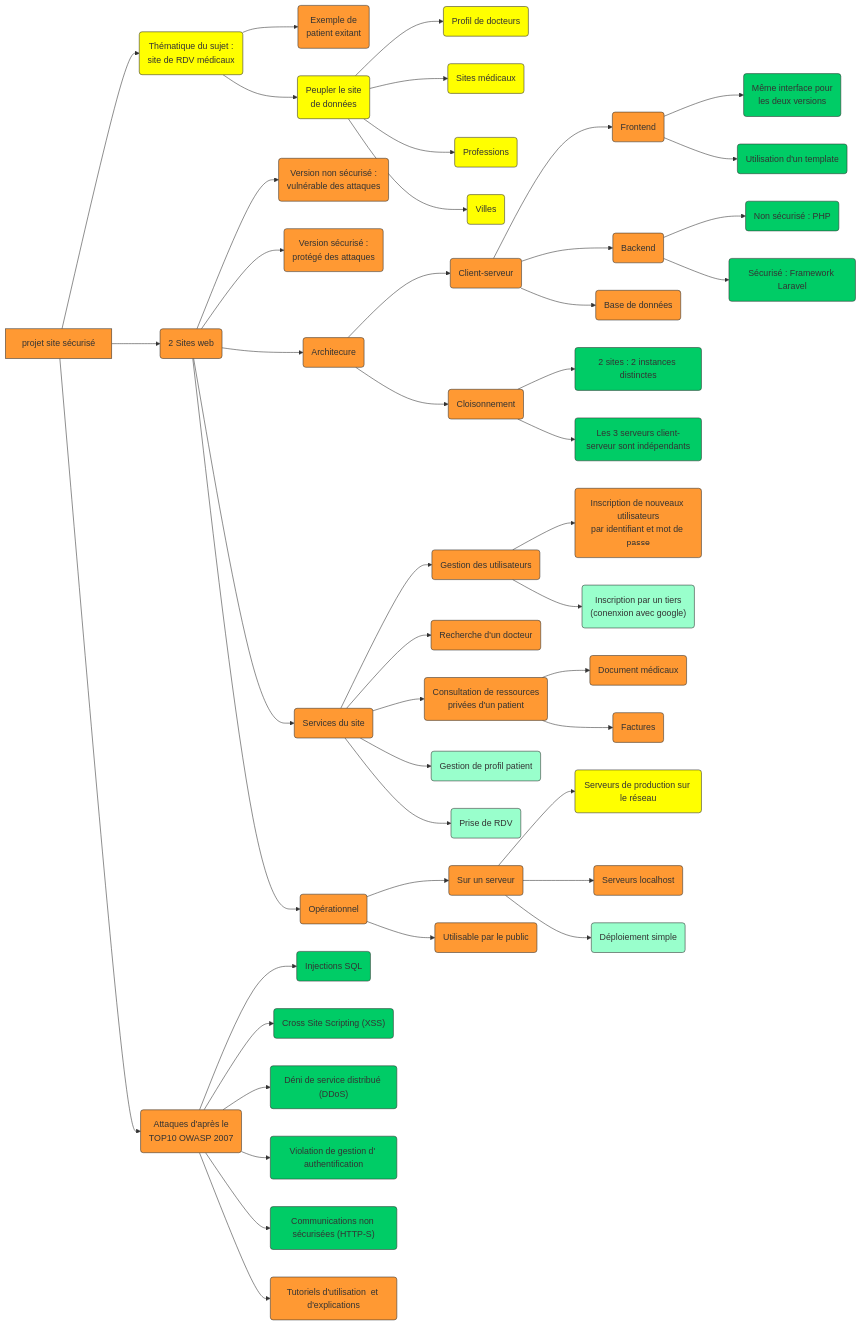
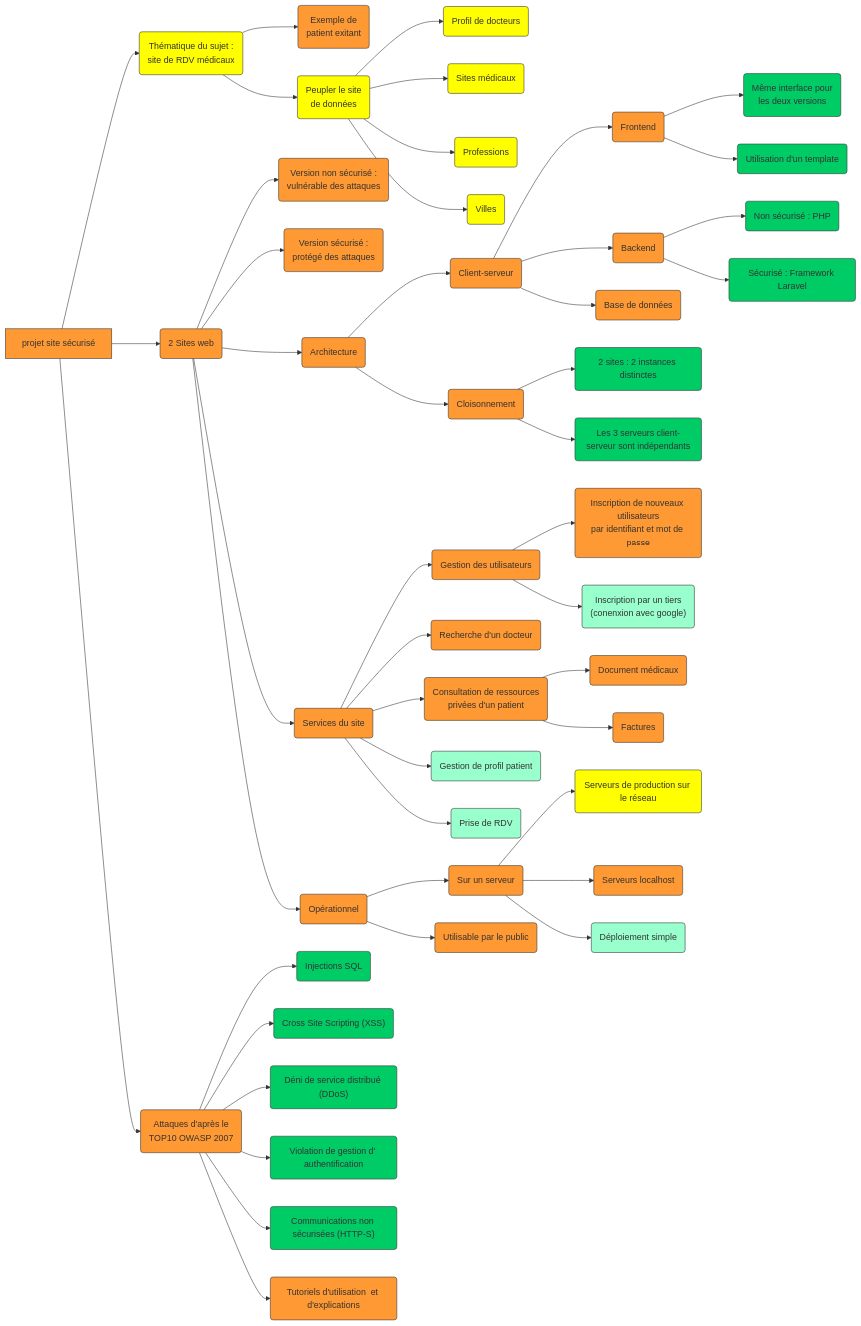
Before and after one commit to Alexis-LF/projet-site-securise: the fourth of 4 diagrams in README.md, drawn with Mermaid. The commit also changed other lines of this file, not shown here.

Commit message:
graphique communication entre serveurs

````diff
--- a/README.md
+++ b/README.md
@@ -105,6 +127,6 @@
 ```mermaid
 
-flowchart LR
+flowchart LR;
     %% définitions des classes pour le style (comme le css)
     classDef fPrincipales fill:#ff9933,stroke:#333,stroke-width:1px;
     classDef fSecondaires fill:#ffff00,stroke:#333,stroke-width:1px;
@@ -142,18 +164,18 @@
     %% sites web
     id2-->	id2.1(    Version non sécurisé :\nvulnérable des attaques	);
     id2-->	id2.2(    Version sécurisé :\nprotégé des attaques	);
-    id2-->	id2.3(    Architecure	);
+    id2-->	id2.3(    Architecture	);
     id2-->	id2.4(    Services du site	);
     id2-->	id2.5(    Opérationnel	);
     class id2.1,id2.2,id2.3,id2.4,id2.5 fPrincipales;
 
-    %% Architecure
+    %% Architecture
     id2.3-->	id2.3.1(    Client-serveur	);
     id2.3-->	id2.3.2(    Cloisonnement	);
     class id2.3.1,id2.3.2 fPrincipales;
 
 
-    %% Architecure client-serveur
+    %% Architecture client-serveur
     id2.3.1-->	id2.3.1.1(    Frontend	);
     id2.3.1-->	id2.3.1.2(    Backend	);
     id2.3.1-->	id2.3.1.3(    Base de données	);
````
